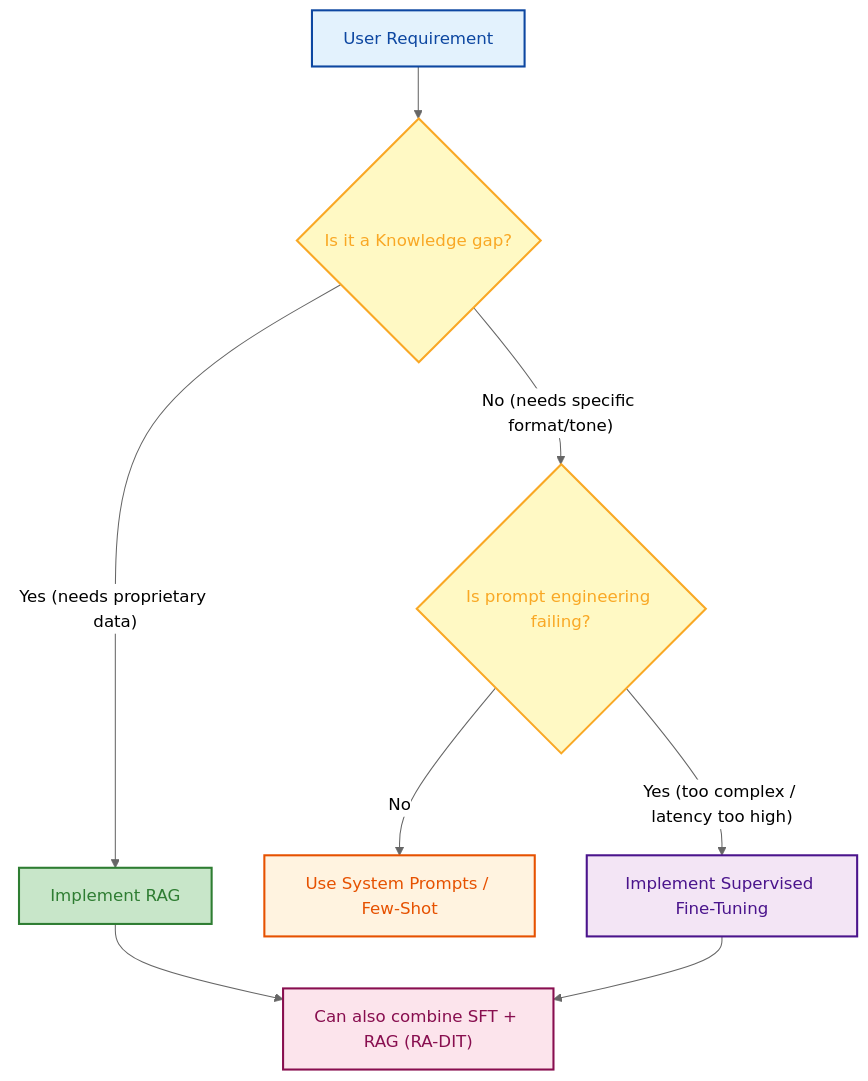
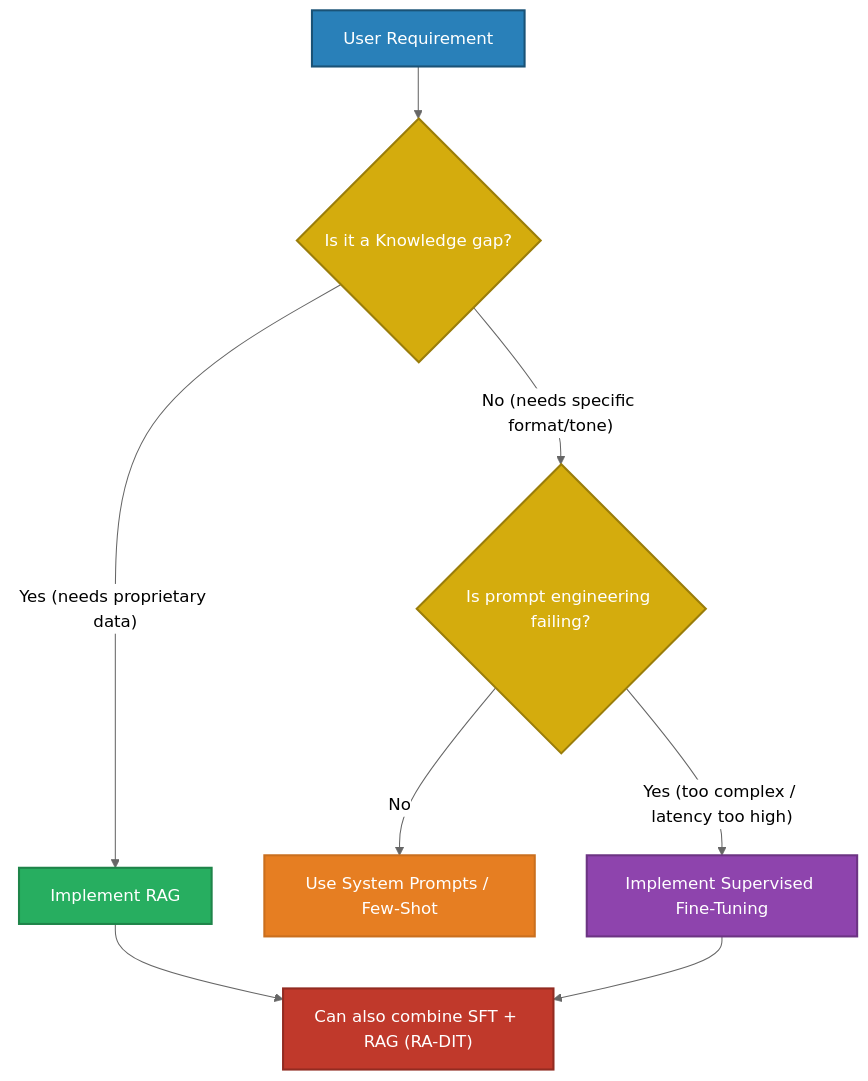
One commit to GyanendraChaubey/AI-Engineering-Notes changed the first of 2 diagrams in docs/08-fine-tuning/README.md. Above: the diagram before and after it, drawn with Mermaid (neutral theme). The commit also changed other lines of this file and 15 other files, not shown here.

Commit message:
style: replace all Mermaid diagram colors with saturated palette + white text for dark mode compatibility (321 changes across 16 files)

````diff
--- a/docs/08-fine-tuning/README.md
+++ b/docs/08-fine-tuning/README.md
@@ -19,22 +19,22 @@
 ```mermaid
 flowchart TD
     A["User Requirement"] --> B{"Is it a Knowledge gap?"}
     
     B -->|"Yes (needs proprietary data)"| C["Implement RAG"]
     
     B -->|"No (needs specific format/tone)"| D{"Is prompt engineering failing?"}
     
     D -->|"No"| E["Use System Prompts / Few-Shot"]
     
     D -->|"Yes (too complex / latency too high)"| F["Implement Supervised Fine-Tuning"]
     
     C --> G["Can also combine SFT + RAG (RA-DIT)"]
     F --> G
-    style A fill:#e3f2fd,stroke:#0d47a1,stroke-width:2px,color:#0d47a1
-    style B fill:#fff9c4,stroke:#f9a825,stroke-width:2px,color:#f9a825
-    style C fill:#c8e6c9,stroke:#2e7d32,stroke-width:2px,color:#2e7d32
-    style D fill:#fff9c4,stroke:#f9a825,stroke-width:2px,color:#f9a825
-    style E fill:#fff3e0,stroke:#e65100,stroke-width:2px,color:#e65100
-    style F fill:#f3e5f5,stroke:#4a148c,stroke-width:2px,color:#4a148c
-    style G fill:#fce4ec,stroke:#880e4f,stroke-width:2px,color:#880e4f
+    style A fill:#2980B9,stroke:#1A5276,stroke-width:2px,color:#FFFFFF
+    style B fill:#D4AC0D,stroke:#9A7D0A,stroke-width:2px,color:#FFFFFF
+    style C fill:#27AE60,stroke:#1E8449,stroke-width:2px,color:#FFFFFF
+    style D fill:#D4AC0D,stroke:#9A7D0A,stroke-width:2px,color:#FFFFFF
+    style E fill:#E67E22,stroke:#CA6F1E,stroke-width:2px,color:#FFFFFF
+    style F fill:#8E44AD,stroke:#6C3483,stroke-width:2px,color:#FFFFFF
+    style G fill:#C0392B,stroke:#922B21,stroke-width:2px,color:#FFFFFF
 ```
````
